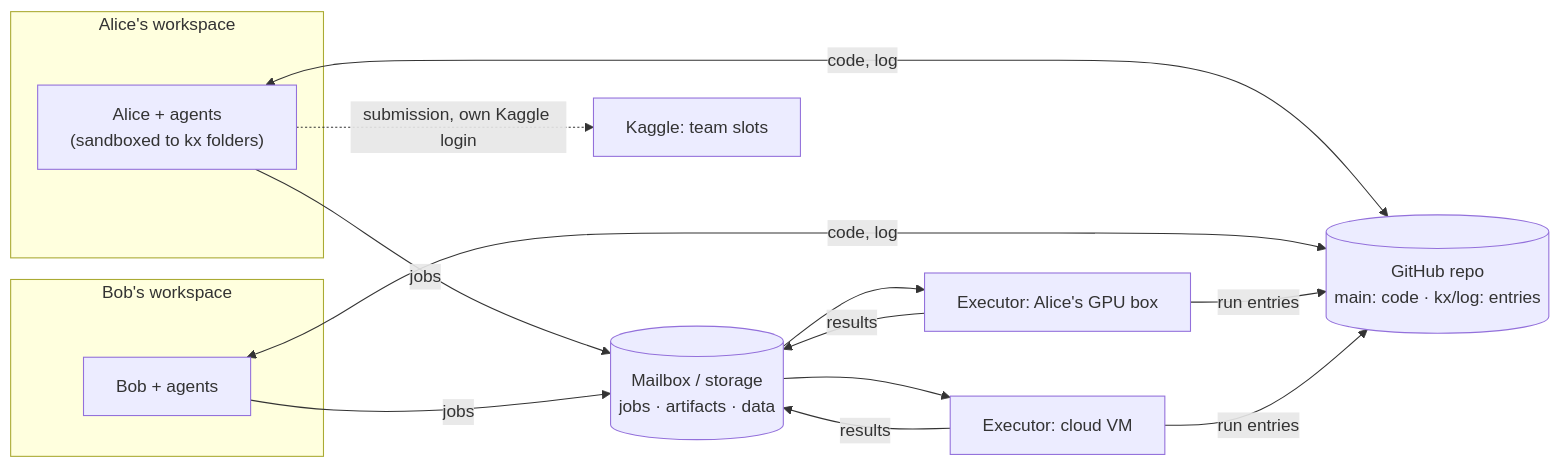
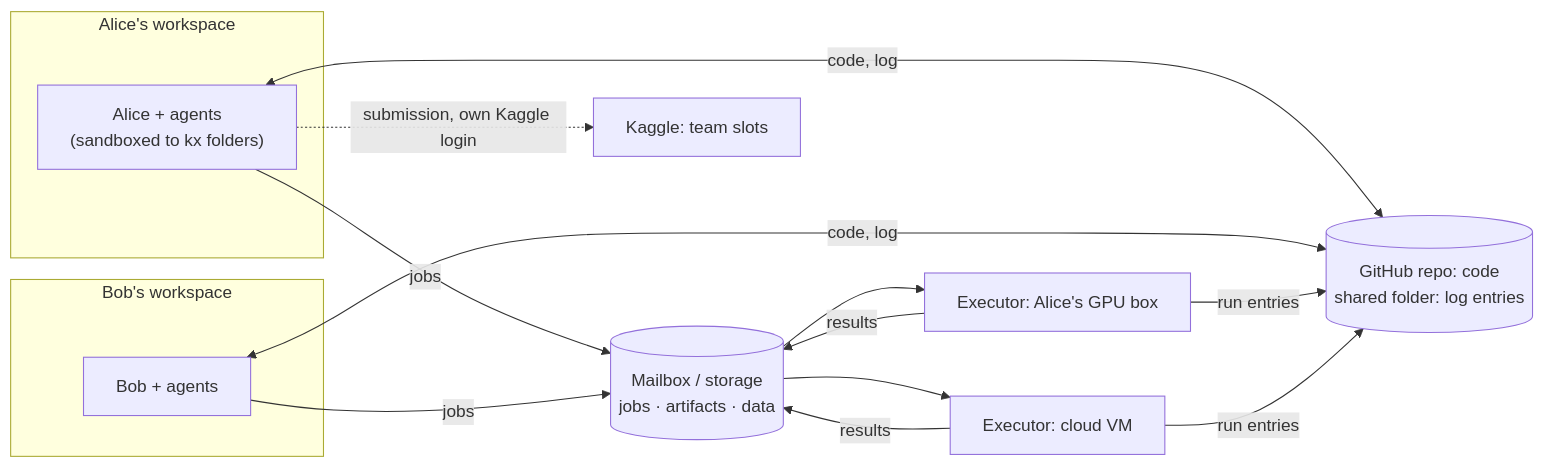
The diagram in docs/collab.md (AmedeoBiolatti/kx), drawn with Mermaid before and after one commit. The commit also changed other lines of this file and 84 other files, not shown here.

````diff
--- a/docs/collab.md
+++ b/docs/collab.md
@@ -20,24 +20,24 @@
 ```mermaid
 flowchart LR
     subgraph W1["Alice's workspace"]
         A["Alice + agents<br/>(sandboxed to kx folders)"]
     end
     subgraph W2["Bob's workspace"]
         B["Bob + agents"]
     end
-    G[("GitHub repo<br/>main: code · kx/log: entries")]
+    G[("GitHub repo: code<br/>shared folder: log entries")]
     M[("Mailbox / storage<br/>jobs · artifacts · data")]
     E1["Executor: Alice's GPU box"]
     E2["Executor: cloud VM"]
     A <-->|code, log| G
     B <-->|code, log| G
     A -->|jobs| M
     B -->|jobs| M
     M --> E1
     M --> E2
     E1 -->|results| M
     E2 -->|results| M
     E1 -->|run entries| G
     E2 -->|run entries| G
     A -.->|submission, own Kaggle login| K["Kaggle: team slots"]
 ```
````
